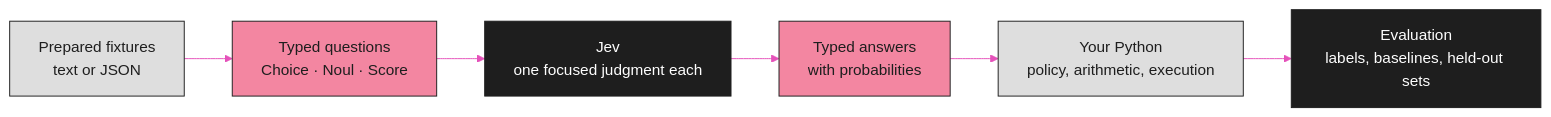
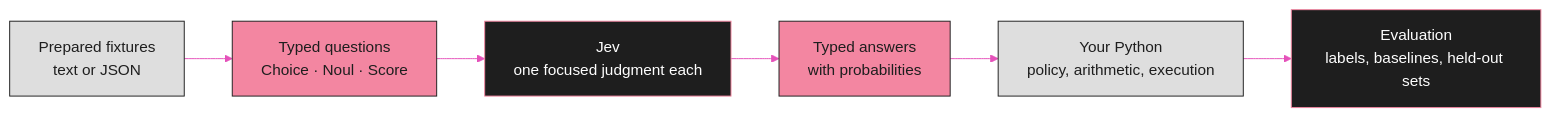
One commit to Jev-Engineering/cookbook changed the diagram in README.md. Above: the diagram before and after it, drawn with Mermaid.

Commit message:
Fix clipped labels and dark-mode contrast in the README diagram

````diff
--- a/README.md
+++ b/README.md
@@ -31,12 +31,12 @@
 ```mermaid
-%%{init: {'theme': 'base', 'themeVariables': {'fontFamily': 'ui-monospace, SFMono-Regular, Menlo, Consolas, monospace', 'lineColor': '#E551BA'}}}%%
+%%{init: {'theme': 'base', 'themeVariables': {'lineColor': '#E551BA'}}}%%
 flowchart LR
     F["Prepared fixtures<br/>text or JSON"]:::panel --> Q["Typed questions<br/>Choice · Noul · Score"]:::pink
     Q --> J["Jev<br/>one focused judgment each"]:::ink
     J --> A["Typed answers<br/>with probabilities"]:::pink
     A --> P["Your Python<br/>policy, arithmetic, execution"]:::panel
     P --> E["Evaluation<br/>labels, baselines, held-out sets"]:::ink
-    classDef ink fill:#1E1E1E,stroke:#1E1E1E,color:#FEFEFE
+    classDef ink fill:#1E1E1E,stroke:#F386A1,color:#FEFEFE
     classDef pink fill:#F386A1,stroke:#1E1E1E,color:#1E1E1E
     classDef panel fill:#DEDEDE,stroke:#1E1E1E,color:#1E1E1E
 ```
````
